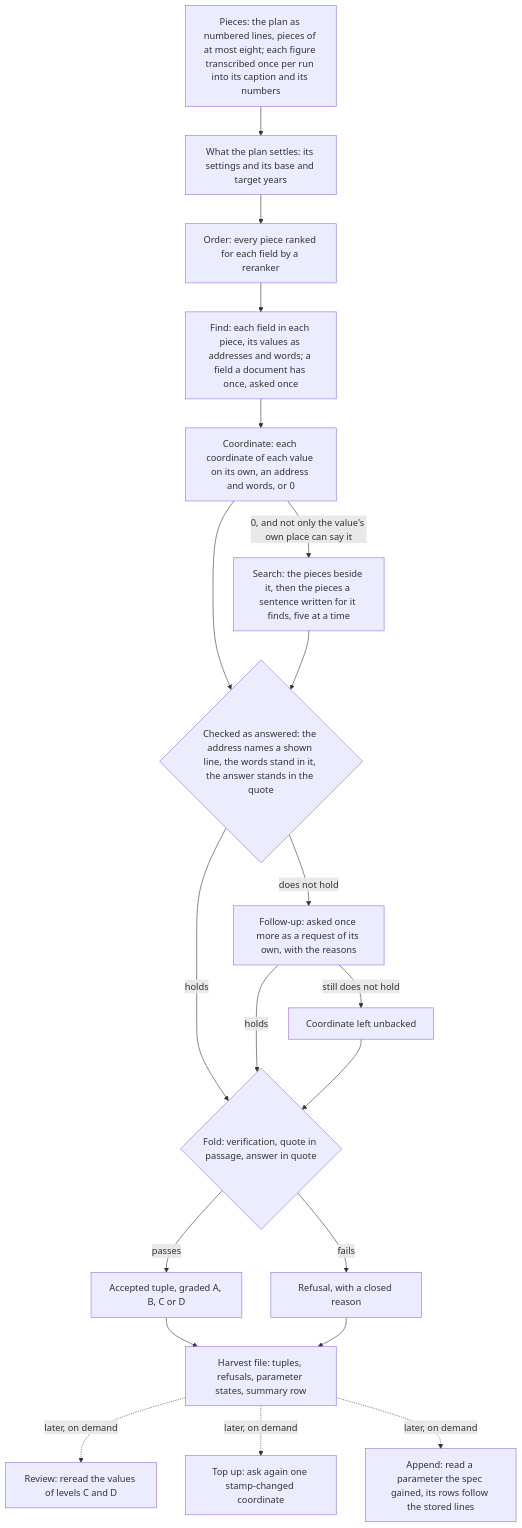
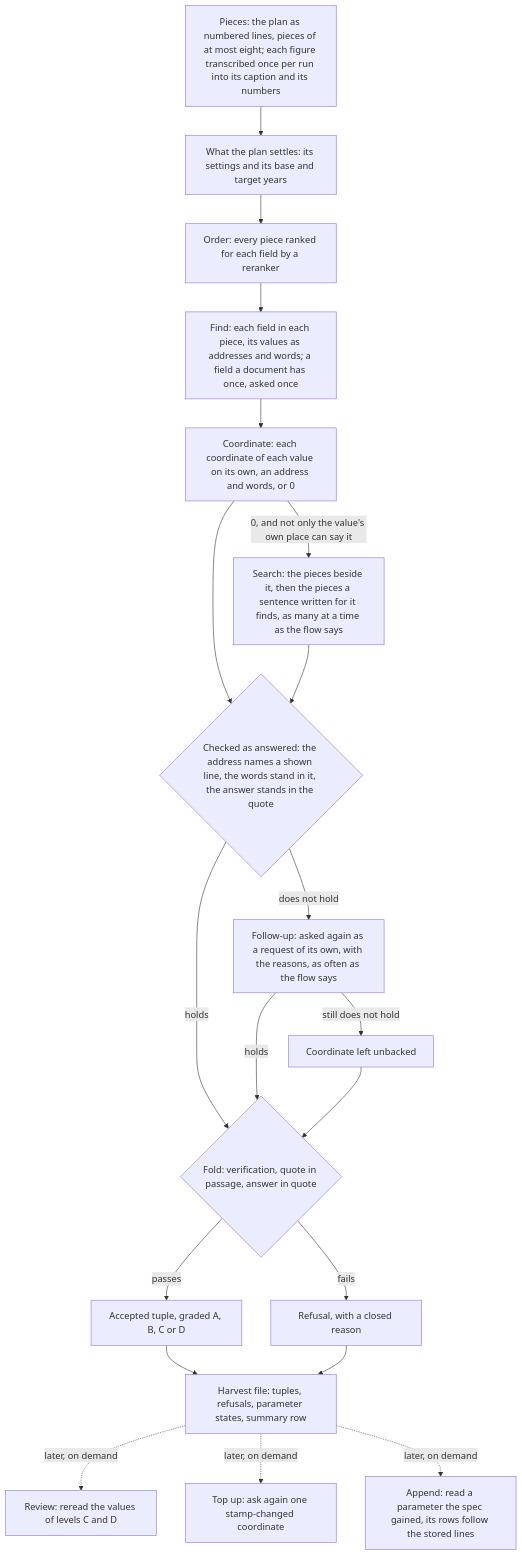
Before and after one commit to OpenEnergyPlatform/municipal-heat-planning-pdf-processing: the first of 2 diagrams in docs/_intros/stages/extraction.md, drawn with Mermaid. The commit also changed other lines of this file and 65 other files, not shown here.

````diff
--- a/docs/_intros/stages/extraction.md
+++ b/docs/_intros/stages/extraction.md
@@ -43,22 +43,22 @@
 ```mermaid
 flowchart TD
     cut[Pieces: the plan as numbered lines, pieces of at most eight; each figure transcribed once per run into its caption and its numbers] --> settled[What the plan settles: its settings and its base and target years]
     settled --> order[Order: every piece ranked for each field by a reranker]
     order --> find[Find: each field in each piece, its values as addresses and words; a field a document has once, asked once]
     find --> coord[Coordinate: each coordinate of each value on its own, an address and words, or 0]
-    coord -->|0, and not only the value's own place can say it| search[Search: the pieces beside it, then the pieces a sentence written for it finds, five at a time]
+    coord -->|0, and not only the value's own place can say it| search[Search: the pieces beside it, then the pieces a sentence written for it finds, as many at a time as the flow says]
     coord --> check{Checked as answered: the address names a shown line, the words stand in it, the answer stands in the quote}
     search --> check
-    check -->|does not hold| follow[Follow-up: asked once more as a request of its own, with the reasons]
+    check -->|does not hold| follow[Follow-up: asked again as a request of its own, with the reasons, as often as the flow says]
     follow -->|still does not hold| unbacked[Coordinate left unbacked]
     check -->|holds| fold
     follow -->|holds| fold
     unbacked --> fold
     fold{Fold: verification, quote in passage, answer in quote} -->|passes| tuple[Accepted tuple, graded A, B, C or D]
     fold -->|fails| refusal[Refusal, with a closed reason]
     tuple --> harvest[Harvest file: tuples, refusals, parameter states, summary row]
     refusal --> harvest
     harvest -. later, on demand .-> review[Review: reread the values of levels C and D]
     harvest -. later, on demand .-> topup[Top up: ask again one stamp-changed coordinate]
     harvest -. later, on demand .-> append[Append: read a parameter the spec gained, its rows follow the stored lines]
 ```
````
